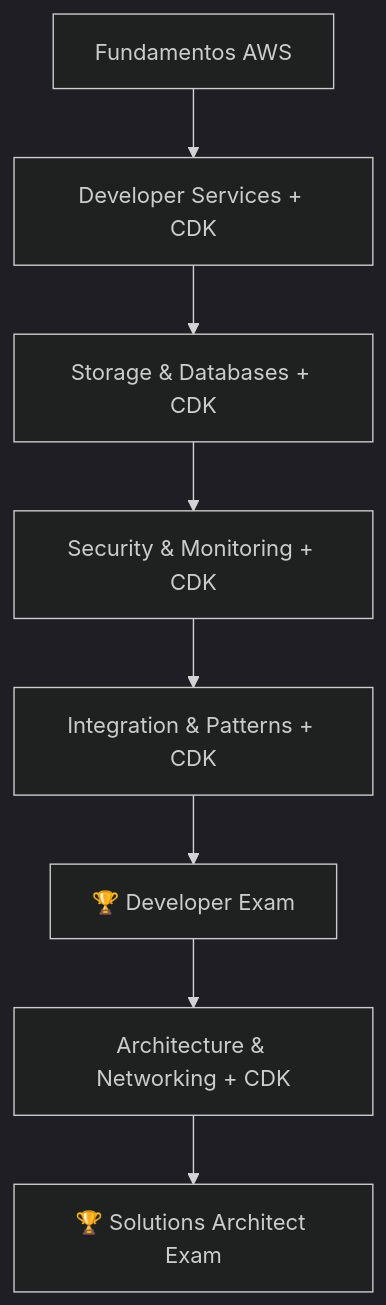
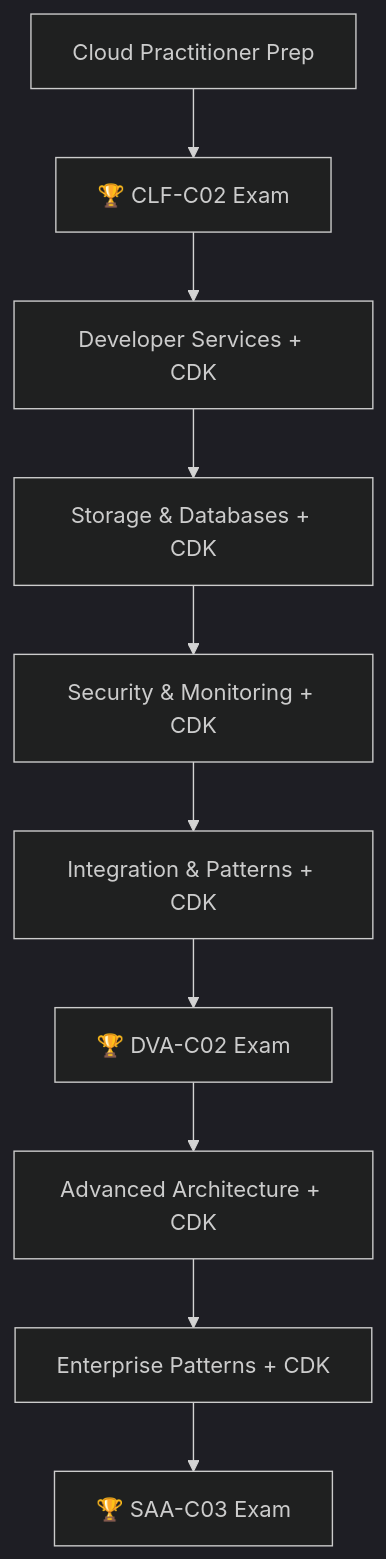
The diagram in 01 Indice General/MOC - AWS.md (andressep95/ObsidianVault), drawn with Mermaid (dark theme) before and after one commit. The commit also changed other lines of this file, not shown here.

````diff
--- a/01 Indice General/MOC - AWS.md
+++ b/01 Indice General/MOC - AWS.md
@@ -38,10 +41,12 @@
 ```mermaid
 graph TD
-    A[Fundamentos AWS] --> B[Developer Services + CDK]
-    B --> C[Storage & Databases + CDK]
-    C --> D[Security & Monitoring + CDK]
-    D --> E[Integration & Patterns + CDK]
-    E --> F[🏆 Developer Exam]
-    F --> G[Architecture & Networking + CDK]
-    G --> H[🏆 Solutions Architect Exam]
+    A[Cloud Practitioner Prep] --> B[🏆 CLF-C02 Exam]
+    B --> C[Developer Services + CDK]
+    C --> D[Storage & Databases + CDK]
+    D --> E[Security & Monitoring + CDK]
+    E --> F[Integration & Patterns + CDK]
+    F --> G[🏆 DVA-C02 Exam]
+    G --> H[Advanced Architecture + CDK]
+    H --> I[Enterprise Patterns + CDK]
+    I --> J[🏆 SAA-C03 Exam]
 ```
````
